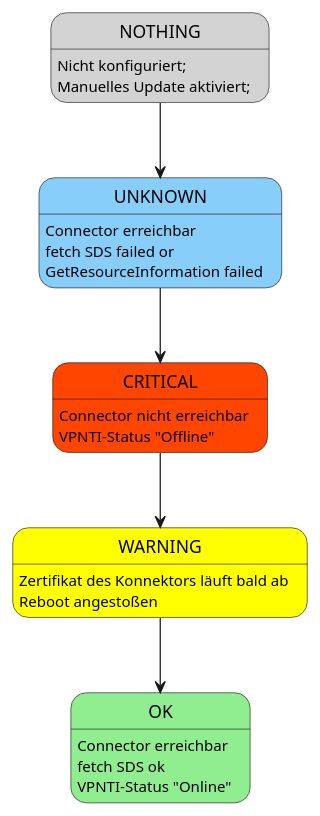
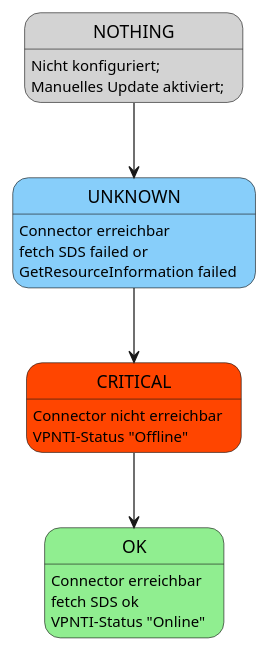
Before and after one commit to swobspace/cocard: the diagram in docsrc/devnotes/modules/ROOT/images/connector-condition.puml, drawn with PlantUML. The commit also changed 6 other files, not shown here.

```diff
--- a/docsrc/devnotes/modules/ROOT/images/connector-condition.puml
+++ b/docsrc/devnotes/modules/ROOT/images/connector-condition.puml
@@ -1,34 +1,35 @@
 @startuml
 
 state OK #lightgreen
 OK: Connector erreichbar
 OK: fetch SDS ok
 OK: VPNTI-Status "Online"
 
 'state WARNING #Yellow
 'WARNING: Connector erreichbar
 'WARNING: fetch SDS ok
 'WARNING: VPNTI-Status "Offline"
 
 state CRITICAL #orangered
 CRITICAL: Connector nicht erreichbar
 CRITICAL: VPNTI-Status "Offline"
 
-state WARNING #Yellow
-WARNING: Zertifikat des Konnektors läuft bald ab
-WARNING: Reboot angestoßen
+'state WARNING #Yellow
+'WARNING: Zertifikat des Konnektors läuft bald ab
+'WARNING: Reboot angestoßen
 
 state UNKNOWN #LightSkyBlue
 UNKNOWN: Connector erreichbar
 UNKNOWN: fetch SDS failed or 
 UNKNOWN: GetResourceInformation failed
 
 state NOTHING #LightGrey
 NOTHING: Nicht konfiguriert;
 NOTHING: Manuelles Update aktiviert;
 
 NOTHING --> UNKNOWN
 UNKNOWN --> CRITICAL
-CRITICAL --> WARNING
-WARNING --> OK
+'CRITICAL --> WARNING
+'WARNING --> OK
+CRITICAL --> OK
 @enduml
```
